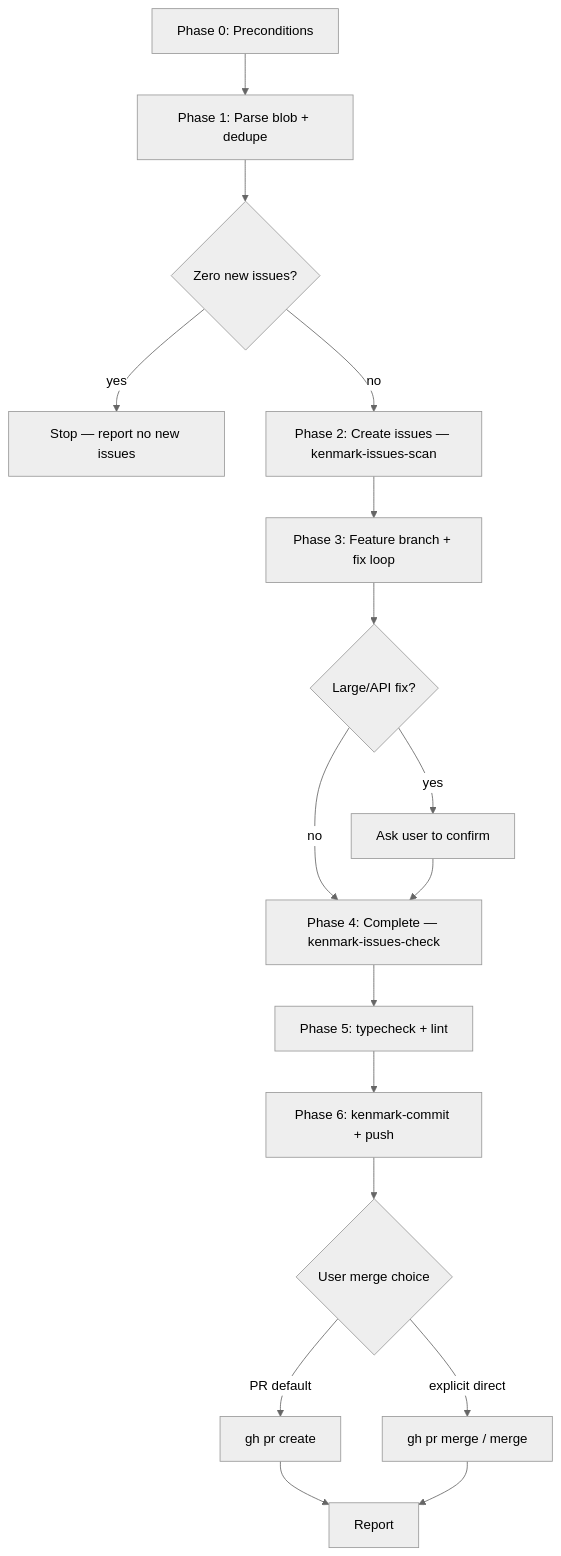
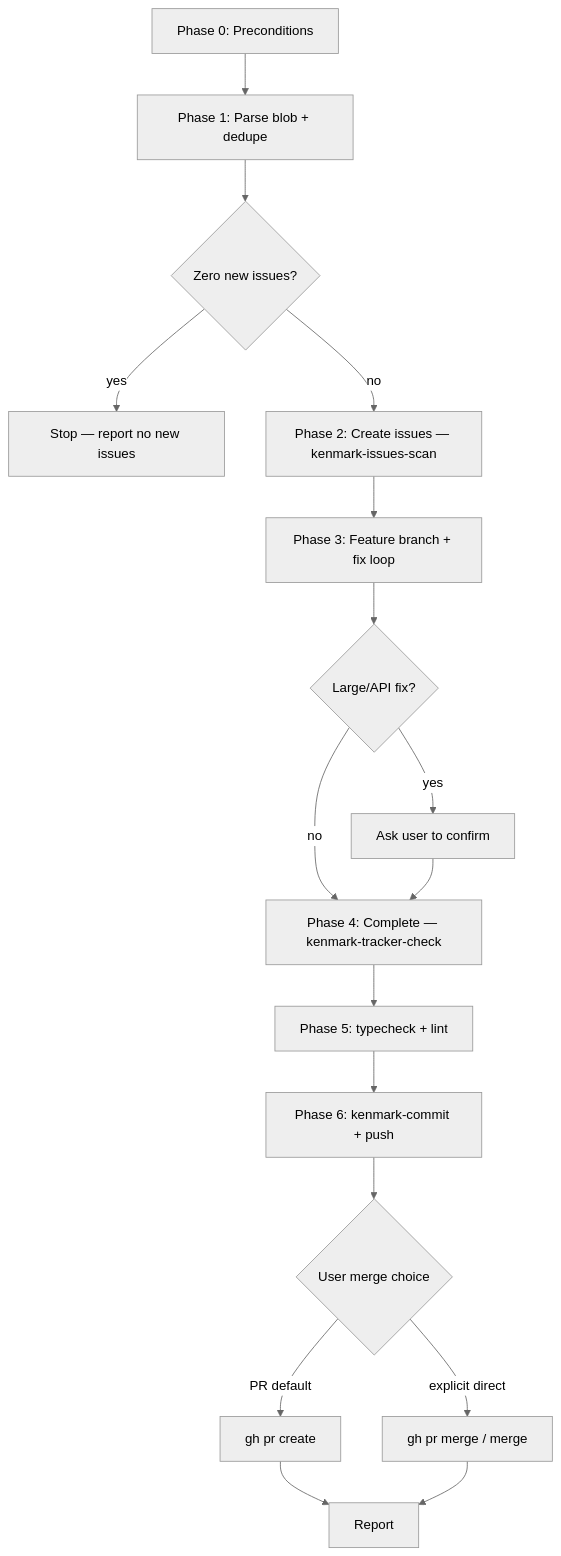
The diagram in skills/user-skills/kenmark-issues-fix-and-ship/references/workflow.md (tanoojmehra/kenmark-skills), drawn with Mermaid (neutral theme) before and after one commit. The commit also changed other lines of this file and 49 other files, not shown here.

````diff
--- a/skills/user-skills/kenmark-issues-fix-and-ship/references/workflow.md
+++ b/skills/user-skills/kenmark-issues-fix-and-ship/references/workflow.md
@@ -7,19 +7,19 @@
 ```mermaid
 flowchart TD
   A[Phase 0: Preconditions] --> B[Phase 1: Parse blob + dedupe]
   B --> C{Zero new issues?}
   C -->|yes| Z[Stop — report no new issues]
   C -->|no| D[Phase 2: Create issues — kenmark-issues-scan]
   D --> E[Phase 3: Feature branch + fix loop]
   E --> F{Large/API fix?}
   F -->|yes| G[Ask user to confirm]
-  F -->|no| H[Phase 4: Complete — kenmark-issues-check]
+  F -->|no| H[Phase 4: Complete — kenmark-tracker-check]
   G --> H
   H --> I[Phase 5: typecheck + lint]
   I --> J[Phase 6: kenmark-commit + push]
   J --> K{User merge choice}
   K -->|PR default| L[gh pr create]
   K -->|explicit direct| M[gh pr merge / merge]
   L --> N[Report]
   M --> N
 ```
````
